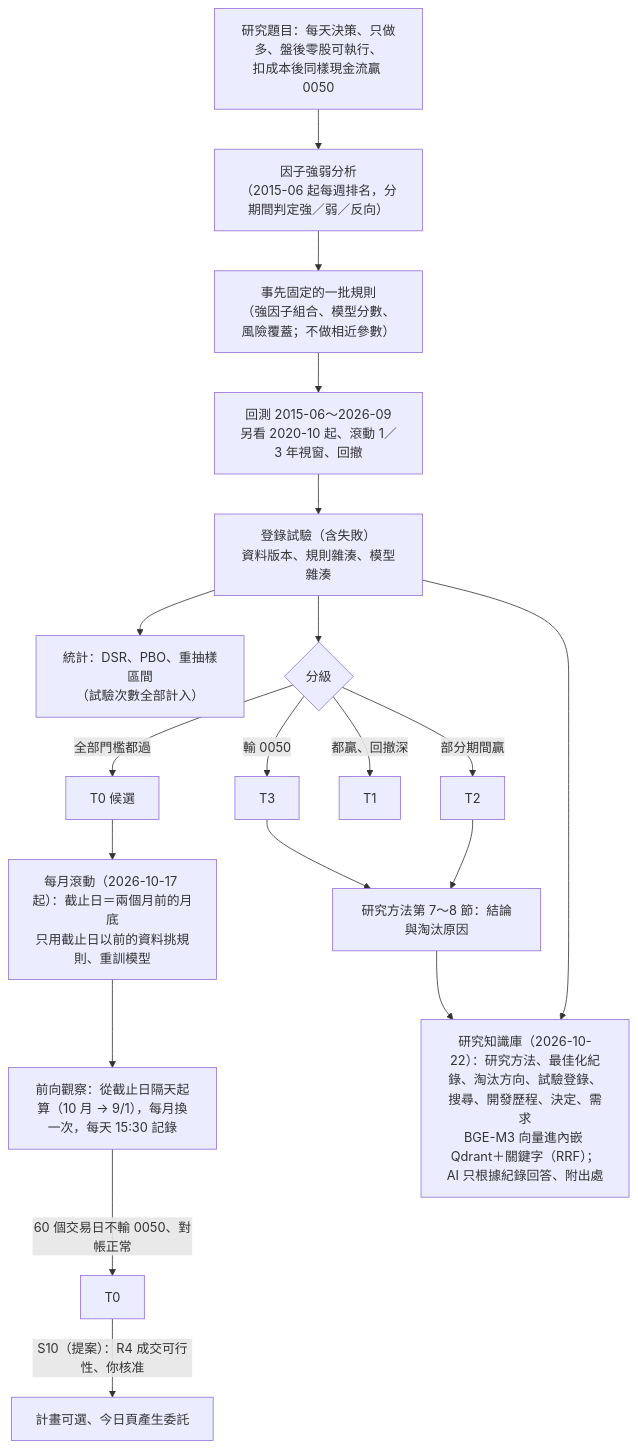
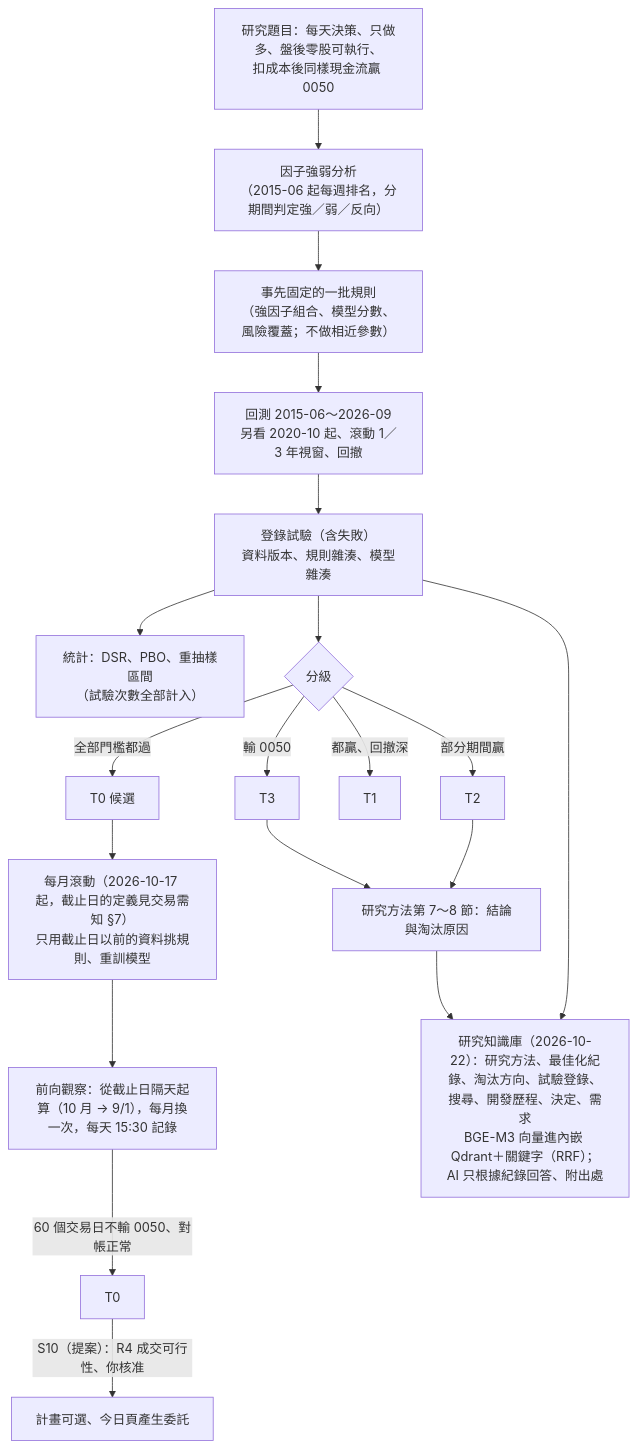
The fourth of 7 diagrams in docs/system_architecture.md (ryan73093/StockResearch), drawn with Mermaid before and after one commit. The commit also changed other lines of this file and 34 other files, not shown here.

````diff
--- a/docs/system_architecture.md
+++ b/docs/system_architecture.md
@@ -140,21 +140,21 @@
 ```mermaid
 flowchart TD
     Q["研究題目：每天決策、只做多、盤後零股可執行、<br/>扣成本後同樣現金流贏 0050"] --> F["因子強弱分析<br/>（2015-06 起每週排名，分期間判定強／弱／反向）"]
     F --> B["事先固定的一批規則<br/>（強因子組合、模型分數、風險覆蓋；不做相近參數）"]
     B --> BT["回測 2015-06～2026-09<br/>另看 2020-10 起、滾動 1／3 年視窗、回撤"]
     BT --> REC["登錄試驗（含失敗）<br/>資料版本、規則雜湊、模型雜湊"]
     REC --> ST["統計：DSR、PBO、重抽樣區間<br/>（試驗次數全部計入）"]
     REC --> G{"分級"}
     G -->|"輸 0050"| T3["T3"]
     G -->|"部分期間贏"| T2["T2"]
     G -->|"都贏、回撤深"| T1["T1"]
     G -->|"全部門檻都過"| T0C["T0 候選"]
-    T0C --> ROLL["每月滾動（2026-10-17 起）：截止日＝兩個月前的月底<br/>只用截止日以前的資料挑規則、重訓模型"]
+    T0C --> ROLL["每月滾動（2026-10-17 起，截止日的定義見交易需知 §7）<br/>只用截止日以前的資料挑規則、重訓模型"]
     ROLL --> FWD["前向觀察：從截止日隔天起算（10 月 → 9/1），每月換一次，每天 15:30 記錄"]
     FWD -->|"60 個交易日不輸 0050、對帳正常"| T0["T0"]
     T0 -->|"S10（提案）：R4 成交可行性、你核准"| PLAN["計畫可選、今日頁產生委託"]
     T3 --> LOG["研究方法第 7～8 節：結論與淘汰原因"]
     T2 --> LOG
     LOG --> KB["研究知識庫（2026-10-22）：研究方法、最佳化紀錄、淘汰方向、試驗登錄、搜尋、開發歷程、決定、需求<br/>BGE-M3 向量進內嵌 Qdrant＋關鍵字（RRF）；AI 只根據紀錄回答、附出處"]
     REC --> KB
 ```
````
